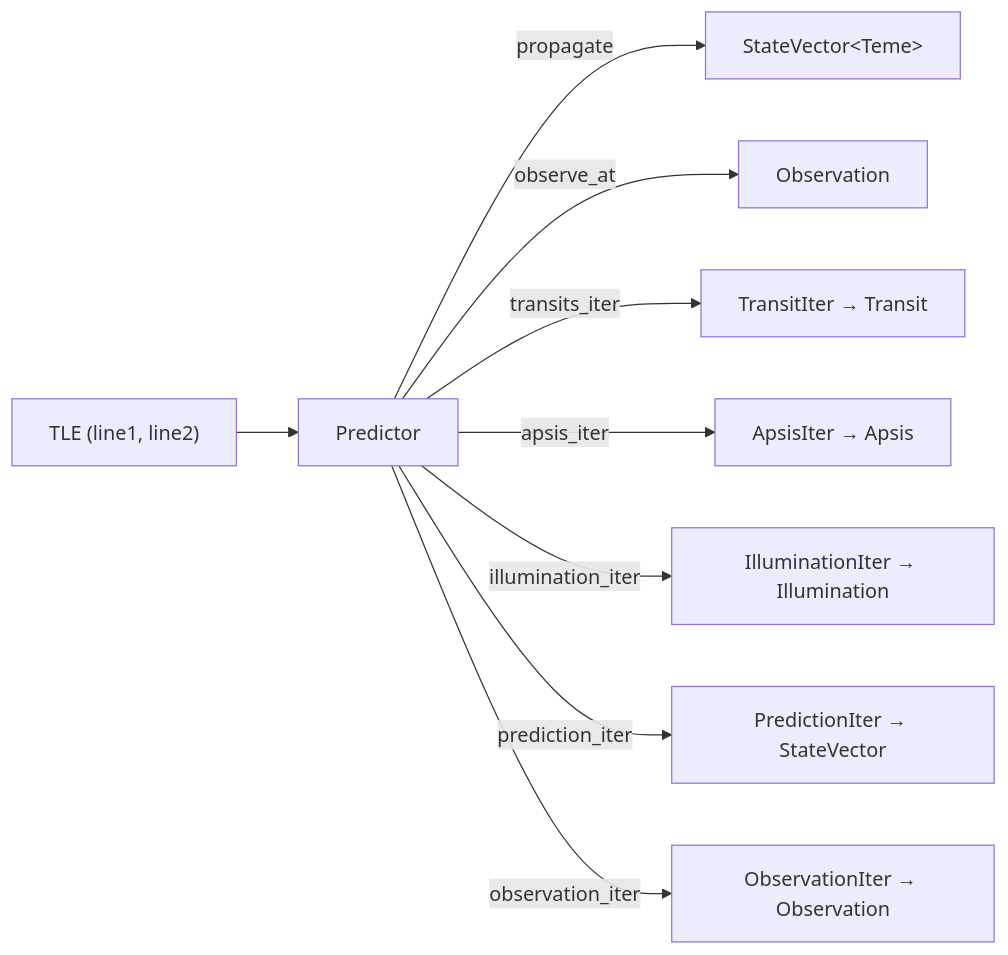
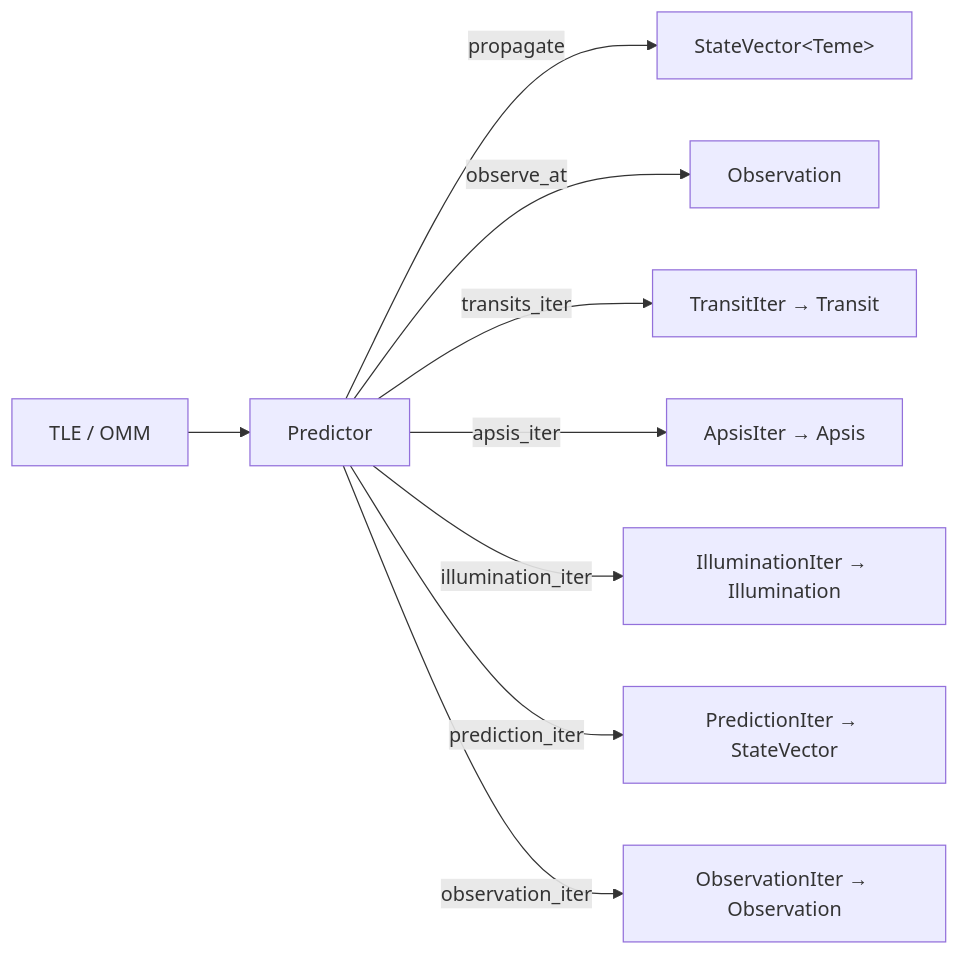
Before and after one commit to steg87/sgp4-predict: the second of 2 diagrams in docs/architecture.md, drawn with Mermaid. The commit also changed other lines of this file and 30 other files, not shown here.

````diff
--- a/docs/architecture.md
+++ b/docs/architecture.md
@@ -57,11 +51,11 @@
 ```mermaid
 flowchart LR
-    TLE["TLE (line1, line2)"] --> Predictor
+    TLE["TLE / OMM"] --> Predictor
     Predictor -->|propagate| SV["StateVector&lt;Teme&gt;"]
     Predictor -->|observe_at| Obs["Observation"]
     Predictor -->|transits_iter| TI["TransitIter → Transit"]
     Predictor -->|apsis_iter| AI["ApsisIter → Apsis"]
     Predictor -->|illumination_iter| II["IlluminationIter → Illumination"]
     Predictor -->|prediction_iter| PI["PredictionIter → StateVector"]
     Predictor -->|observation_iter| OI["ObservationIter → Observation"]
 ```
````
